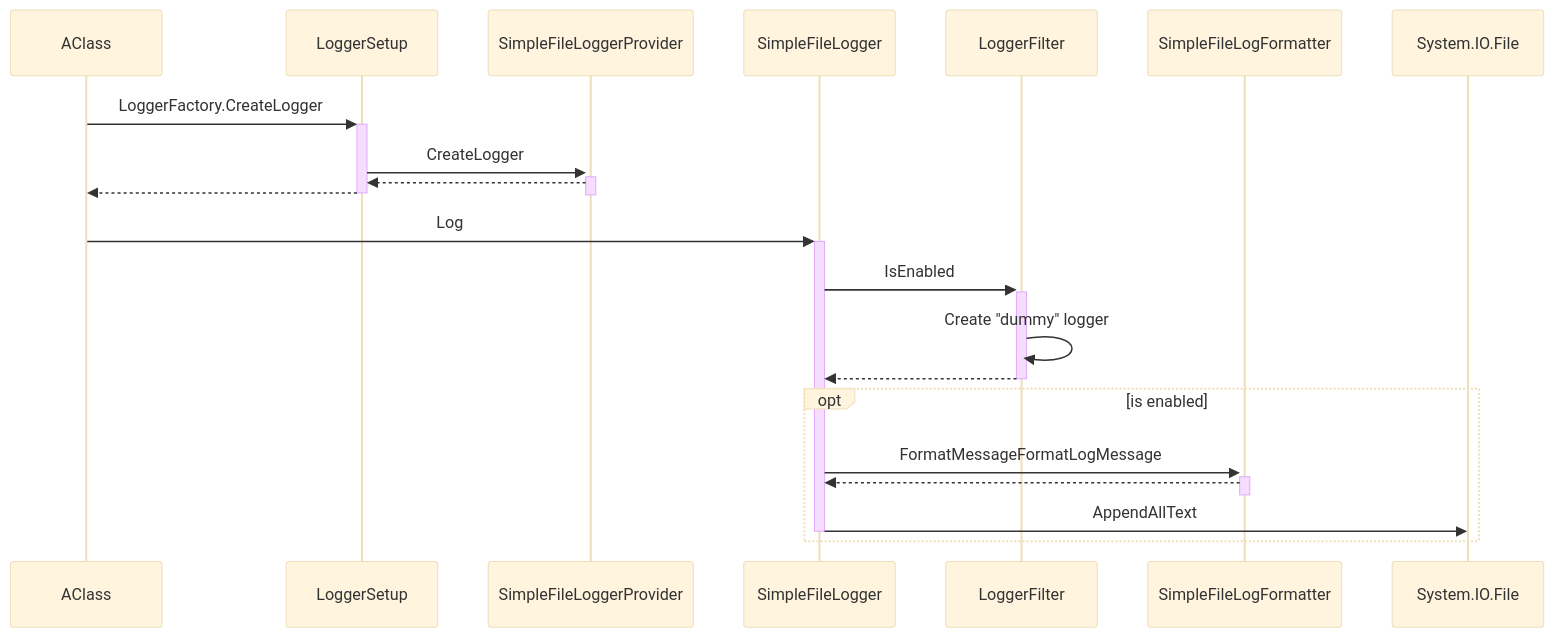
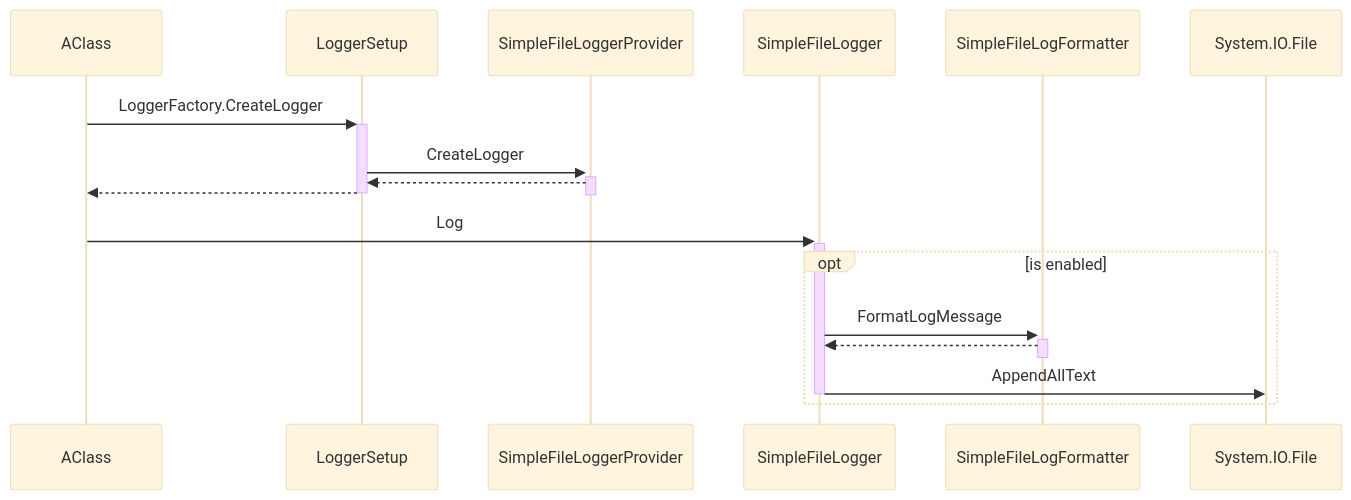
One commit to SimonVRANA/HelynLogger changed the third of 3 diagrams in com.helyn.unity.helynlogger/Doc/Technical.md. Above: the diagram before and after it, drawn with Mermaid (base theme). The commit also changed other lines of this file and 117 other files, not shown here.

````diff
--- a/com.helyn.unity.helynlogger/Doc/Technical.md
+++ b/com.helyn.unity.helynlogger/Doc/Technical.md
@@ -81,30 +74,25 @@
 ```mermaid
 sequenceDiagram
     participant AClass
     participant LoggerSetup
 
     AClass ->>+ LoggerSetup: LoggerFactory.CreateLogger
     participant SimpleFileLoggerProvider
     LoggerSetup ->>+ SimpleFileLoggerProvider: CreateLogger
     SimpleFileLoggerProvider -->>- LoggerSetup:
     LoggerSetup -->>- AClass:
 
     participant SimpleFileLogger
     AClass ->>+ SimpleFileLogger: Log
 
-    participant LoggerFilter
-    SimpleFileLogger ->>+ LoggerFilter: IsEnabled
-    LoggerFilter ->> LoggerFilter: Create "dummy" logger
-    LoggerFilter -->>- SimpleFileLogger:
-
     opt is enabled
     participant SimpleFileLogFormatter
-    SimpleFileLogger ->>+ SimpleFileLogFormatter: FormatMessageFormatLogMessage
+    SimpleFileLogger ->>+ SimpleFileLogFormatter: FormatLogMessage
     SimpleFileLogFormatter -->>- SimpleFileLogger:
 
     participant System.IO.File
     SimpleFileLogger ->> System.IO.File: AppendAllText
     deactivate SimpleFileLogger
     end
 
 ```
````
